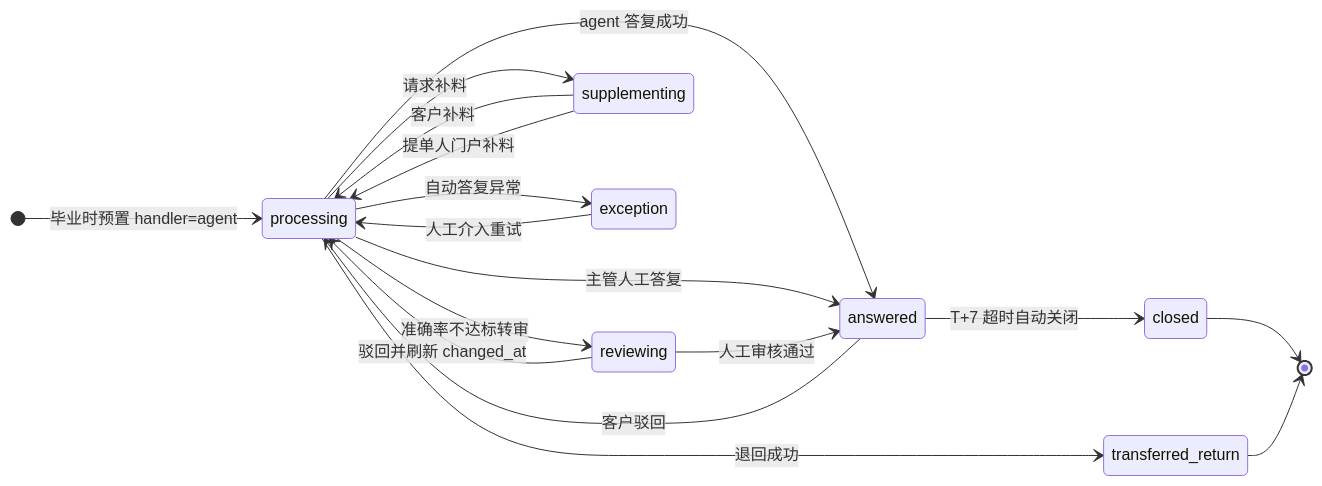
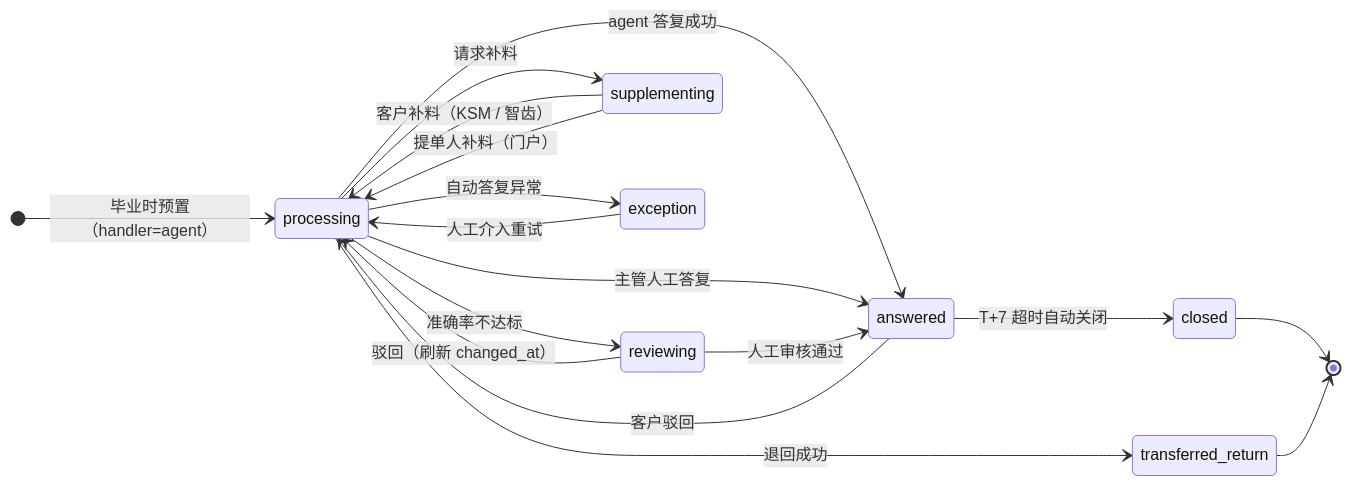
One commit to invagent/ticket-hub changed the fifth of 13 diagrams in docs/spec/state-machines.md. Above: the diagram before and after it, drawn with Mermaid. The commit also changed other lines of this file, not shown here.

````diff
--- a/docs/spec/state-machines.md
+++ b/docs/spec/state-machines.md
@@ -216,25 +231,25 @@
 ```mermaid
 stateDiagram-v2
   direction LR
-  [*] --> processing: 毕业时预置 handler=agent
+  [*] --> processing: 毕业时预置（handler=agent）
 
   processing --> answered: agent 答复成功
   processing --> answered: 主管人工答复
-  processing --> reviewing: 准确率不达标转审
+  processing --> reviewing: 准确率不达标
   processing --> supplementing: 请求补料
   processing --> exception: 自动答复异常
   processing --> transferred_return: 退回成功
 
   reviewing --> answered: 人工审核通过
-  reviewing --> processing: 驳回并刷新 changed_at
+  reviewing --> processing: 驳回（刷新 changed_at）
 
-  supplementing --> processing: 客户补料
-  supplementing --> processing: 提单人门户补料
+  supplementing --> processing: 客户补料（KSM / 智齿）
+  supplementing --> processing: 提单人补料（门户）
 
   answered --> closed: T+7 超时自动关闭
   answered --> processing: 客户驳回
 
   exception --> processing: 人工介入重试
   closed --> [*]
   transferred_return --> [*]
 ```
````
